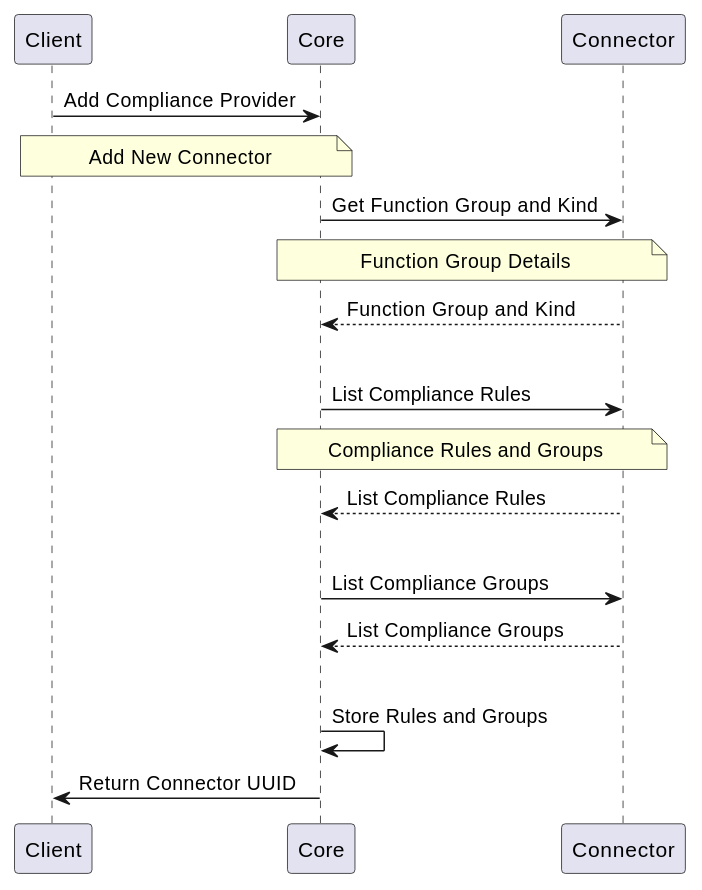
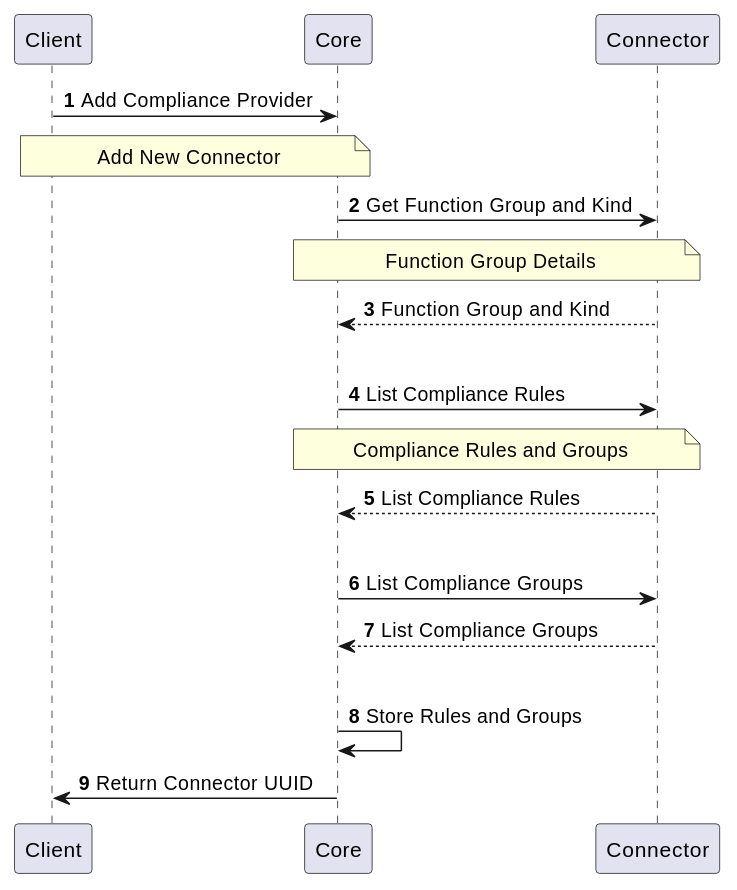
One commit to CZERTAINLY/CZERTAINLY-Documentation changed the first of 2 diagrams in docs/12-connectors/05-description/30-compliance-provider.md. Above: the diagram before and after it, drawn with PlantUML. The commit also changed other lines of this file and 5 other files, not shown here.

````diff
--- a/docs/12-connectors/05-description/30-compliance-provider.md
+++ b/docs/12-connectors/05-description/30-compliance-provider.md
@@ -38,20 +36,21 @@
 ```plantuml
     @startuml
+    autonumber
     skinparam topurl https://docs.czertainly.com/api/
         Client -> Core [[core-connector/#tag/Connector-Management-API/operation/createConnector]]: Add Compliance Provider
         note over Client,Core: Add New Connector
         Core -> Connector [[connector-compliance-provider/#tag/Info-API/operation/listSupportedFunctions]]: Get Function Group and Kind
         note over Core,Connector: Function Group Details
         Connector --> Core: Function Group and Kind
         |||
         Core -> Connector [[connector-compliance-provider/#tag/Compliance-Rules-API/operation/getRules]]: List Compliance Rules
         note over Core,Connector: Compliance Rules and Groups
         Connector --> Core: List Compliance Rules
         |||
         Core -> Connector [[connector-compliance-provider/#tag/Compliance-Rules-API/operation/getGroups]]: List Compliance Groups
         Connector --> Core: List Compliance Groups
         |||
         Core -> Core: Store Rules and Groups
         Core -> Client: Return Connector UUID
     @enduml
 ```
````
